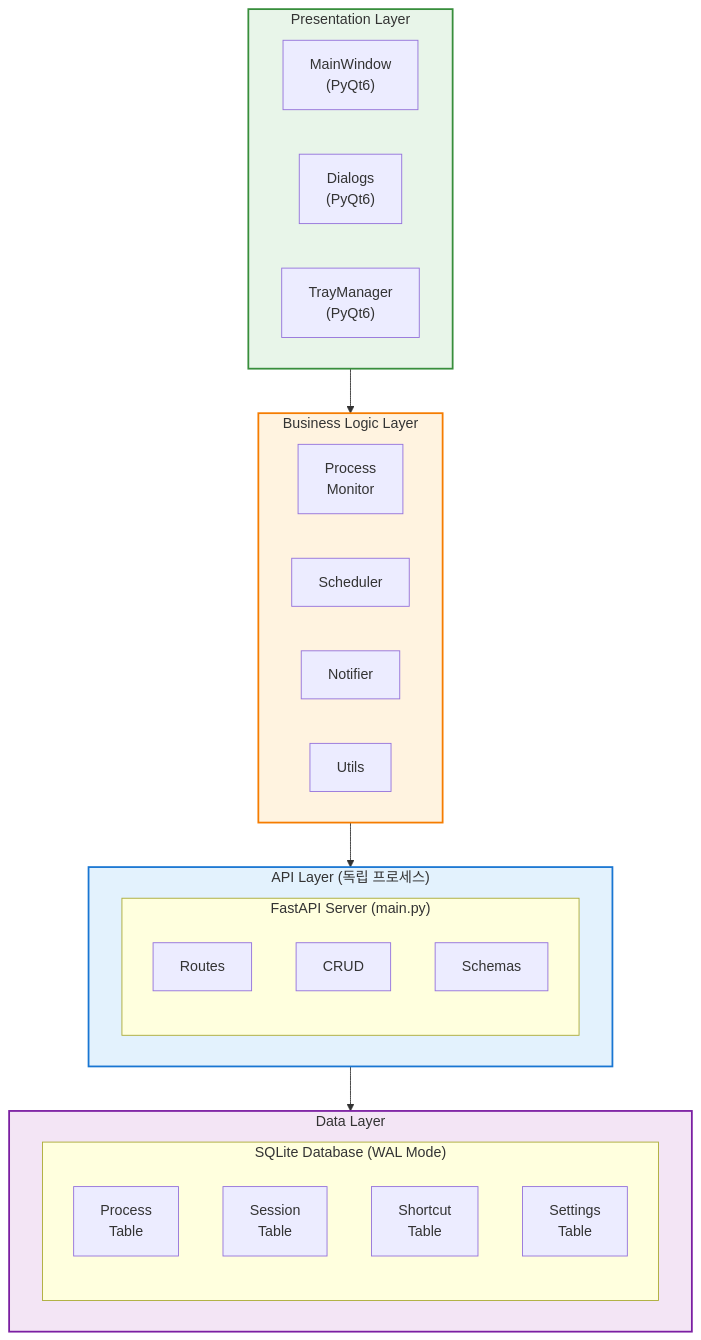
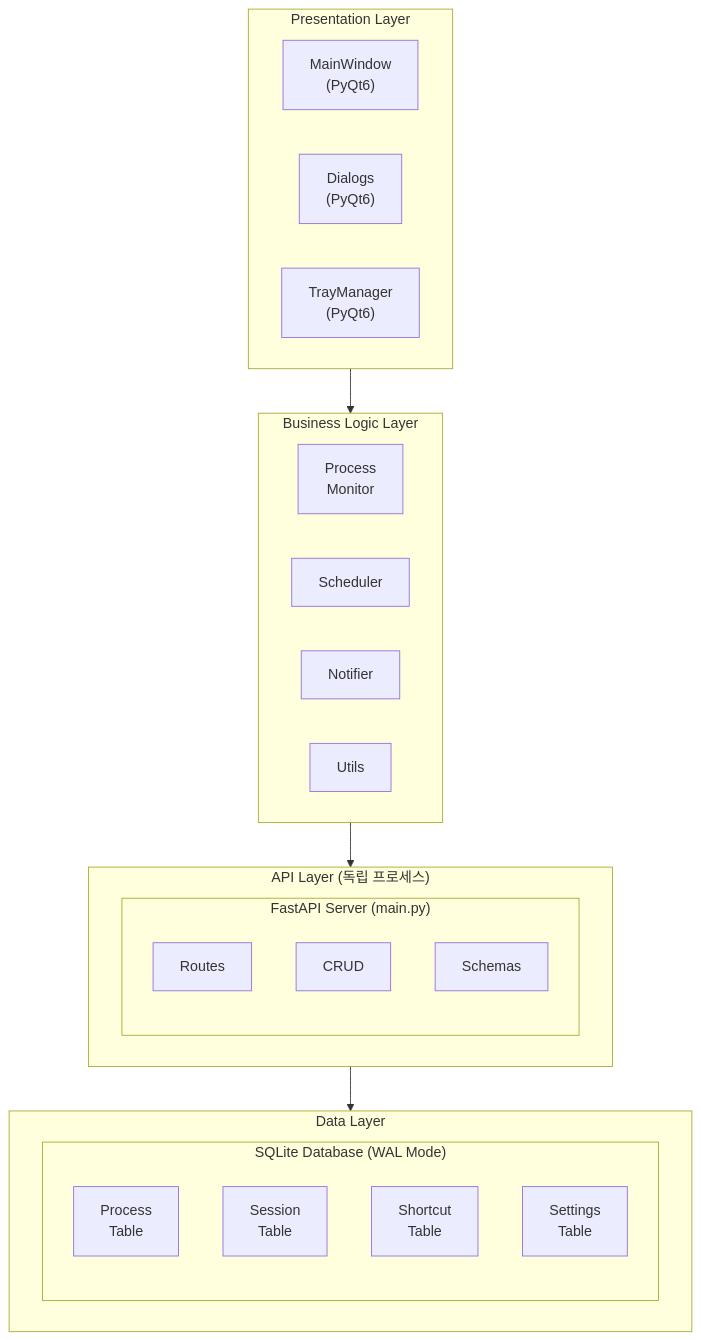
Before and after one commit to lsh930309/HomeworkHelperServer: the second of 7 diagrams in docs/architecture.md, drawn with Mermaid. The commit also changed other lines of this file and 4 other files, not shown here.

First line of the commit message:
docs: 문서 통합 정리 및 Mermaid 다이어그램 개선

````diff
--- a/docs/architecture.md
+++ b/docs/architecture.md
@@ -87,41 +84,36 @@
 ```mermaid
 graph TB
     subgraph PresentationLayer["Presentation Layer"]
         MainWindow["MainWindow<br/>(PyQt6)"]
         Dialogs["Dialogs<br/>(PyQt6)"]
         TrayManager["TrayManager<br/>(PyQt6)"]
     end
 
     subgraph BusinessLogicLayer["Business Logic Layer"]
         ProcessMonitor["Process<br/>Monitor"]
         Scheduler["Scheduler"]
         Notifier["Notifier"]
         Utils["Utils"]
     end
 
     subgraph APILayer["API Layer (독립 프로세스)"]
         subgraph FastAPIServer["FastAPI Server (main.py)"]
             Routes["Routes"]
             CRUD["CRUD"]
             Schemas["Schemas"]
         end
     end
 
     subgraph DataLayer["Data Layer"]
         subgraph SQLiteDB["SQLite Database (WAL Mode)"]
             ProcessTable["Process<br/>Table"]
             SessionTable["Session<br/>Table"]
             ShortcutTable["Shortcut<br/>Table"]
             SettingsTable["Settings<br/>Table"]
         end
     end
 
     PresentationLayer --> BusinessLogicLayer
     BusinessLogicLayer --> APILayer
     APILayer --> DataLayer
-
-    style PresentationLayer fill:#e8f5e9,stroke:#388e3c,stroke-width:2px
-    style BusinessLogicLayer fill:#fff3e0,stroke:#f57c00,stroke-width:2px
-    style APILayer fill:#e3f2fd,stroke:#1976d2,stroke-width:2px
-    style DataLayer fill:#f3e5f5,stroke:#7b1fa2,stroke-width:2px
 ```
````
